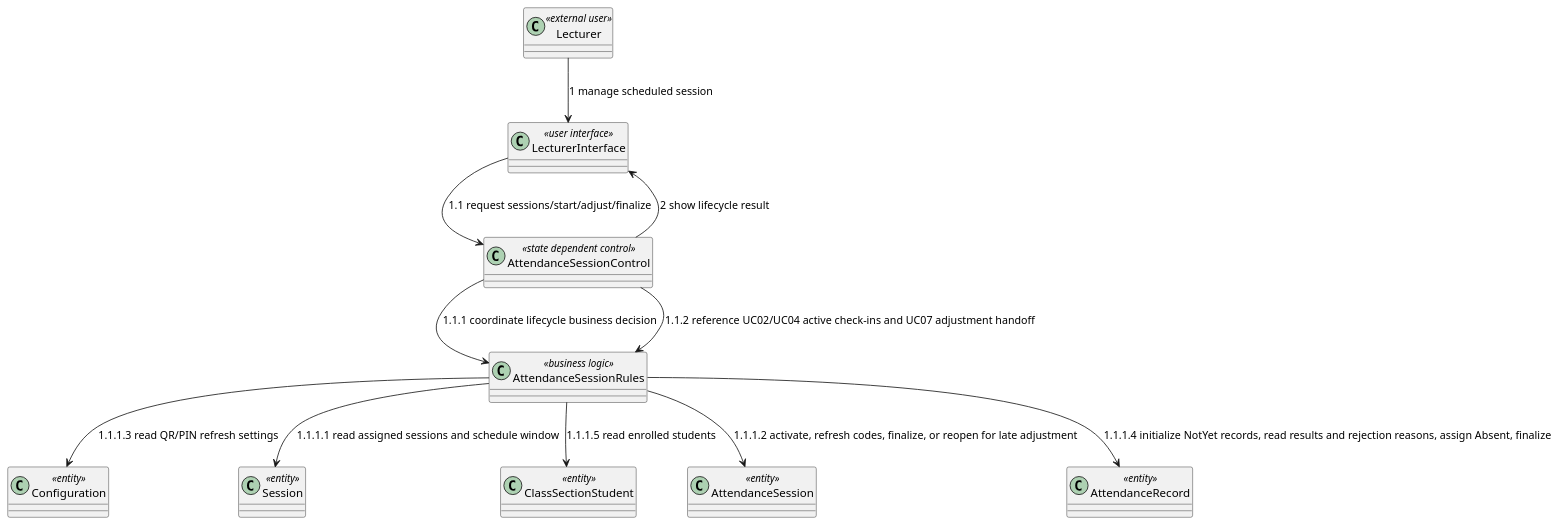
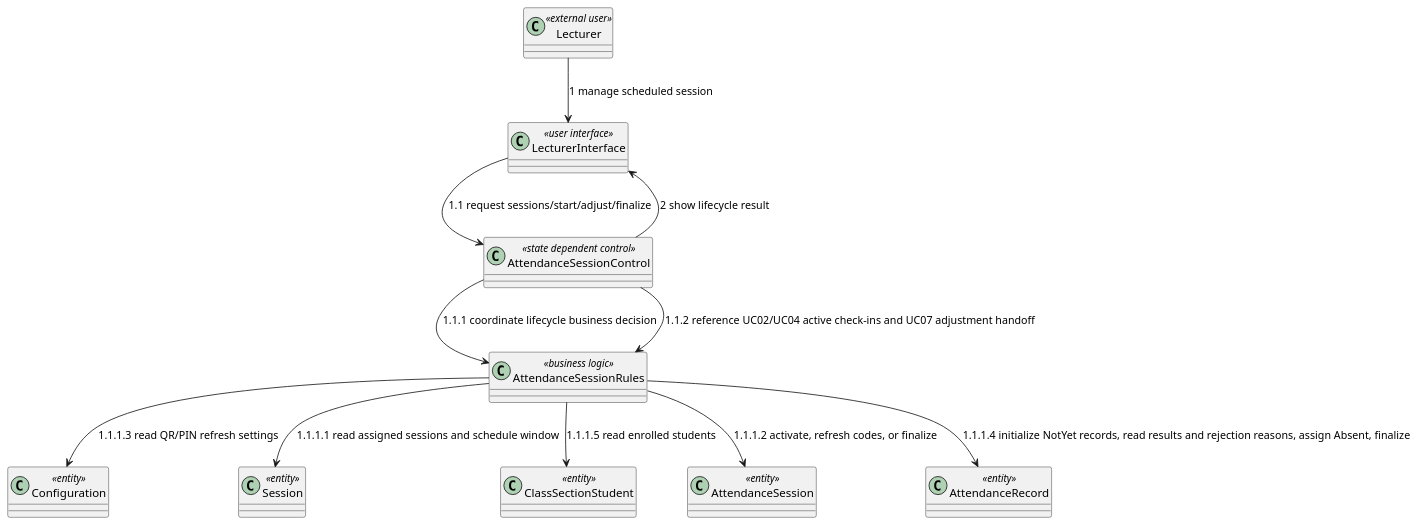
Diagram 16 of 26 in docs/rds/2_Analysis.md (nttung42/SWD392), drawn with PlantUML before and after one commit. The commit also changed other lines of this file and 3 other files, not shown here.

````diff
--- a/docs/rds/2_Analysis.md
+++ b/docs/rds/2_Analysis.md
@@ -772,24 +757,24 @@
 ```plantuml
 @startuml
 class "Lecturer" as Lecturer <<external user>>
 class "LecturerInterface" as LecturerUI <<user interface>>
 class "AttendanceSessionControl" as SessionControl <<state dependent control>>
 class "AttendanceSessionRules" as SessionRules <<business logic>>
 class "Configuration" as Configuration <<entity>>
 class "Session" as Session <<entity>>
 class "ClassSectionStudent" as ClassSectionStudent <<entity>>
 class "AttendanceSession" as AttendanceSession <<entity>>
 class "AttendanceRecord" as AttendanceRecord <<entity>>
 
 Lecturer --> LecturerUI : 1 manage scheduled session
 LecturerUI --> SessionControl : 1.1 request sessions/start/adjust/finalize
 SessionControl --> SessionRules : 1.1.1 coordinate lifecycle business decision
 SessionRules --> Session : 1.1.1.1 read assigned sessions and schedule window
-SessionRules --> AttendanceSession : 1.1.1.2 activate, refresh codes, finalize, or reopen for late adjustment
+SessionRules --> AttendanceSession : 1.1.1.2 activate, refresh codes, or finalize
 SessionRules --> Configuration : 1.1.1.3 read QR/PIN refresh settings
 SessionRules --> AttendanceRecord : 1.1.1.4 initialize NotYet records, read results and rejection reasons, assign Absent, finalize
 SessionRules --> ClassSectionStudent : 1.1.1.5 read enrolled students
 SessionControl --> SessionRules : 1.1.2 reference UC02/UC04 active check-ins and UC07 adjustment handoff
 SessionControl --> LecturerUI : 2 show lifecycle result
 @enduml
 ```
````
